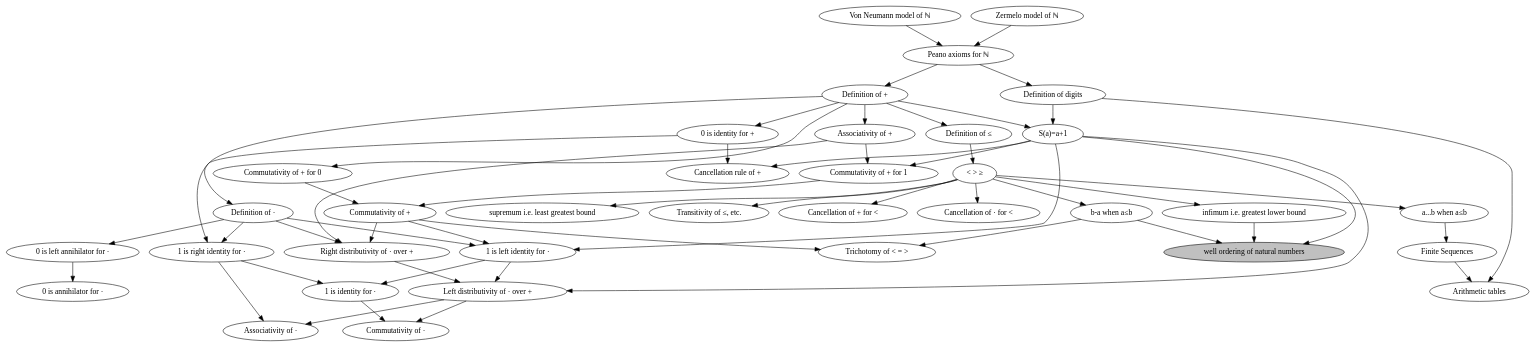
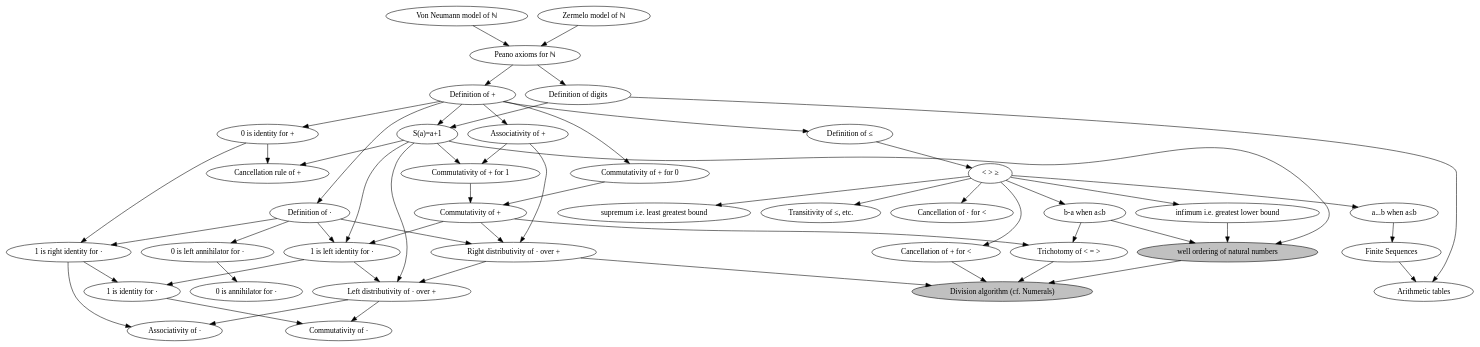
Before and after one commit to zaimoni/Franci: the diagram in docs/Arithmetic.dot, drawn with Graphviz. The commit also changed 3 other files, not shown here.

```diff
--- a/docs/Arithmetic.dot
+++ b/docs/Arithmetic.dot
@@ -1,76 +1,79 @@
 strict digraph {
     VonNeumann_N [label="Von Neumann model of &#x2115;"]
     Zermelo_N [label="Zermelo model of &#x2115;"]
     PeanoAxioms [label="Peano axioms for &#x2115;"]
     Addition [label="Definition of +"]
     Multiplication [label="Definition of &middot;"]
     LinearTotalOrdering [label="Definition of &le;"]
     Digits [label="Definition of digits"]
 
     { VonNeumann_N Zermelo_N } -> PeanoAxioms -> {Addition Digits}
     Addition -> { Multiplication LinearTotalOrdering }
 
     AdditionPeanoS [label="S(a)=a+1"]
     { Addition Digits } -> AdditionPeanoS
 
     AdditionIdentity [label="0 is identity for +"]
     AdditionAssociativity [label="Associativity of +"]
     AdditionCommutativity [label="Commutativity of +"]
     AdditionCancellation [label="Cancellation rule of +"]
     AdditionCommutativityZero [label="Commutativity of + for 0"]
     AdditionCommutativityOne [label="Commutativity of + for 1"]
 
     Addition -> {AdditionIdentity AdditionAssociativity AdditionCommutativityZero}
     {AdditionAssociativity AdditionPeanoS} -> AdditionCommutativityOne
     { AdditionCommutativityZero AdditionCommutativityOne } -> AdditionCommutativity
     { AdditionIdentity AdditionPeanoS } -> AdditionCancellation
 
     MultiplicationIdentity [label="1 is identity for &middot;"]
     MultiplicationIdentityLeft [label="1 is left identity for &middot;"]
     MultiplicationIdentityRight [label="1 is right identity for &middot;"]
 
     { MultiplicationIdentityLeft MultiplicationIdentityRight } -> MultiplicationIdentity
     { Multiplication AdditionIdentity } -> MultiplicationIdentityRight
     { Multiplication AdditionPeanoS AdditionCommutativity } -> MultiplicationIdentityLeft
 
     MultiplicationAnnihilator [label="0 is annihilator for &middot;"]
     MultiplicationAnnihilatorLeft [label="0 is left annihilator for &middot;"]
 
     Multiplication -> MultiplicationAnnihilatorLeft -> MultiplicationAnnihilator
 
     MultiplicationRightDistributiveOverAddition [label="Right distributivity of &middot; over +"]
     MultiplicationLeftDistributiveOverAddition [label="Left distributivity of &middot; over +"]
 
     { Multiplication AdditionAssociativity AdditionCommutativity } -> MultiplicationRightDistributiveOverAddition
     { MultiplicationRightDistributiveOverAddition AdditionPeanoS MultiplicationIdentityLeft } -> MultiplicationLeftDistributiveOverAddition
 
     MultiplicationAssociativity [label="Associativity of &middot;"]
     MultiplicationCommutativity [label="Commutativity of &middot;"]
 
     { MultiplicationLeftDistributiveOverAddition MultiplicationIdentityRight } -> MultiplicationAssociativity
     { MultiplicationLeftDistributiveOverAddition MultiplicationIdentity } -> MultiplicationCommutativity
 
     OtherOrdering [label="&lt; &gt; &ge;"]
     AncientSubtraction [label="b-a when a&le;b"]
     Ellipsis [label="a...b when a&le;b"]
-    Infinum [label="infimum i.e. greatest lower bound"]
+    Infimum [label="infimum i.e. greatest lower bound"]
     Supremum [label="supremum i.e. least greatest bound"]
 
-    LinearTotalOrdering -> OtherOrdering -> { AncientSubtraction Ellipsis Infinum Supremum }
+    LinearTotalOrdering -> OtherOrdering -> { AncientSubtraction Ellipsis Infimum Supremum }
 
     TransitivityOrdering [label="Transitivity of &le;, etc."]
     AdditionCancellationOrdered [label="Cancellation of + for &lt;"]
     MultiplicationCancellationOrdered [label="Cancellation of &middot; for &lt;"]
     OtherOrdering -> { TransitivityOrdering AdditionCancellationOrdered MultiplicationCancellationOrdered }
 
     Trichotomy [label="Trichotomy of &lt; = &gt;"]
 
     { AncientSubtraction AdditionCommutativity } -> Trichotomy
     WellOrdering [label="well ordering of natural numbers" style=filled fillcolor=silver]
-    { AncientSubtraction AdditionPeanoS Infinum } -> WellOrdering
+    { AncientSubtraction AdditionPeanoS Infimum } -> WellOrdering
+
+    DivisionAlgorithm [label="Division algorithm (cf. Numerals)" style=filled fillcolor=silver]
+    { WellOrdering Trichotomy MultiplicationRightDistributiveOverAddition AdditionCancellationOrdered} -> DivisionAlgorithm
 
     FiniteSequence [label="Finite Sequences"]
     Ellipsis -> FiniteSequence
     ArithmeticTables [label="Arithmetic tables"]
     { Digits FiniteSequence} -> ArithmeticTables
 }
```
